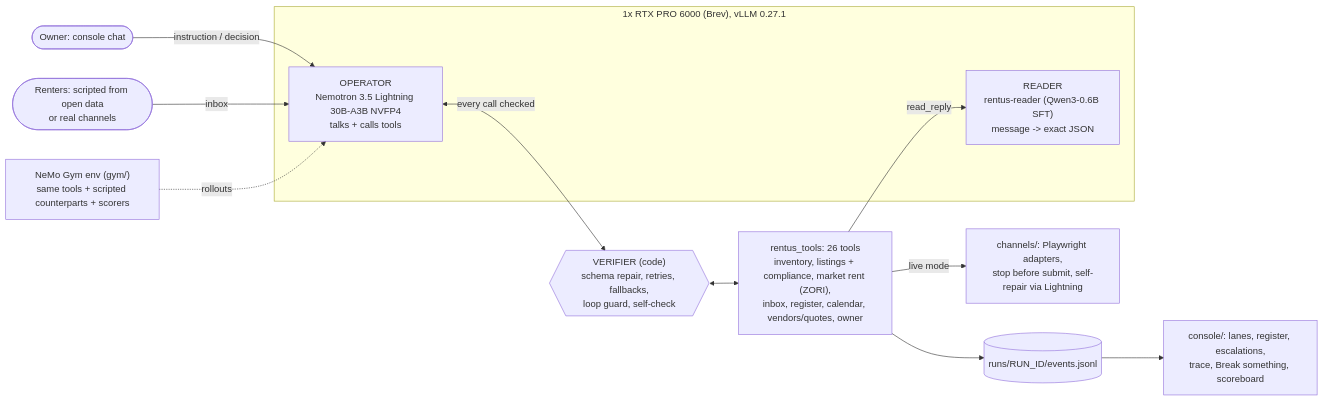
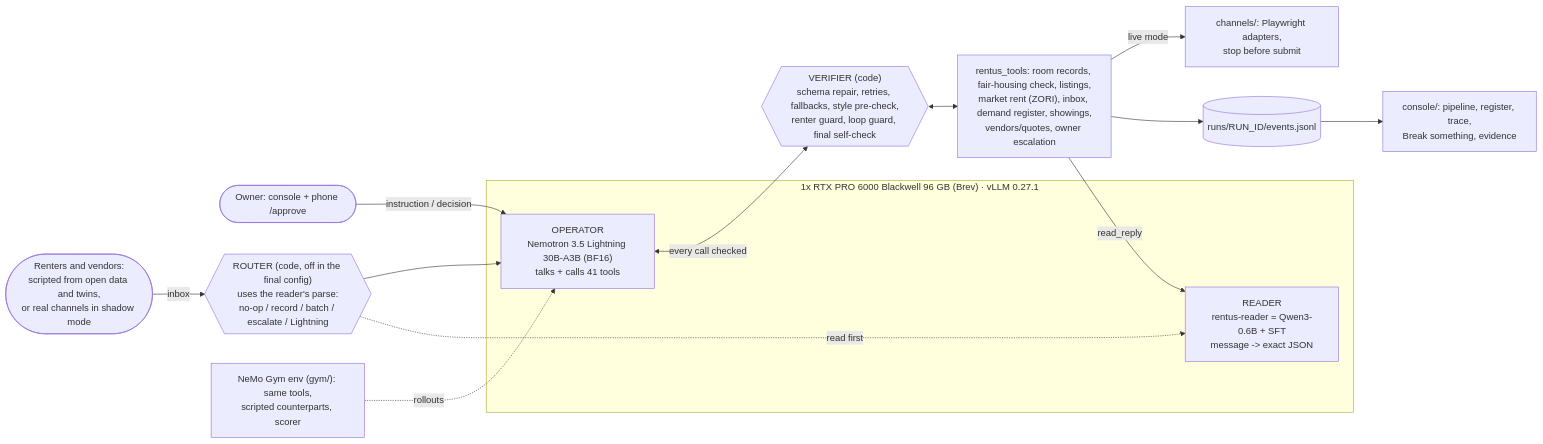
The diagram in README.md (xvanov/red-hat-small-models-hack), drawn with Mermaid before and after one commit. The commit also changed other lines of this file and 3 other files, not shown here.

````diff
--- a/README.md
+++ b/README.md
@@ -27,16 +25,18 @@
 ```mermaid
 flowchart LR
-  owner([Owner: console chat]) -->|instruction / decision| op
-  renters([Renters: scripted from open data<br/>or real channels]) -->|inbox| op
-  subgraph GPU["1x RTX PRO 6000 (Brev), vLLM 0.27.1"]
-    op["OPERATOR<br/>Nemotron 3.5 Lightning 30B-A3B NVFP4<br/>talks + calls tools"]
-    reader["READER<br/>rentus-reader (Qwen3-0.6B SFT)<br/>message -> exact JSON"]
+  owner([Owner: console + phone /approve]) -->|instruction / decision| op
+  renters([Renters and vendors:<br/>scripted from open data and twins,<br/>or real channels in shadow mode]) -->|inbox| router
+  router{{"ROUTER (code, off in the final config)<br/>uses the reader's parse:<br/>no-op / record / batch / escalate / Lightning"}} --> op
+  subgraph GPU["1x RTX PRO 6000 Blackwell 96 GB (Brev) · vLLM 0.27.1"]
+    op["OPERATOR<br/>Nemotron 3.5 Lightning 30B-A3B (BF16)<br/>talks + calls 41 tools"]
+    reader["READER<br/>rentus-reader = Qwen3-0.6B + SFT<br/>message -> exact JSON"]
   end
-  op <-->|every call checked| ver{{"VERIFIER (code)<br/>schema repair, retries, fallbacks,<br/>loop guard, self-check"}}
-  ver <--> tools["rentus_tools: 26 tools<br/>inventory, listings + compliance, market rent (ZORI),<br/>inbox, register, calendar, vendors/quotes, owner"]
+  op <-->|every call checked| ver{{"VERIFIER (code)<br/>schema repair, retries, fallbacks, style pre-check,<br/>renter guard, loop guard, final self-check"}}
+  ver <--> tools["rentus_tools: room records, fair-housing check, listings,<br/>market rent (ZORI), inbox, demand register, showings,<br/>vendors/quotes, owner escalation"]
   tools -->|read_reply| reader
-  tools -->|live mode| channels["channels/: Playwright adapters,<br/>stop before submit, self-repair via Lightning"]
+  router -.->|read first| reader
+  tools -->|live mode| channels["channels/: Playwright adapters,<br/>stop before submit"]
   tools --> events[(runs/RUN_ID/events.jsonl)]
-  events --> console["console/: lanes, register, escalations,<br/>trace, Break something, scoreboard"]
-  gym["NeMo Gym env (gym/)<br/>same tools + scripted counterparts + scorers"] -.->|rollouts| op
+  events --> console["console/: pipeline, register, trace,<br/>Break something, evidence"]
+  gym["NeMo Gym env (gym/): same tools,<br/>scripted counterparts, scorer"] -.->|rollouts| op
 ```
````
